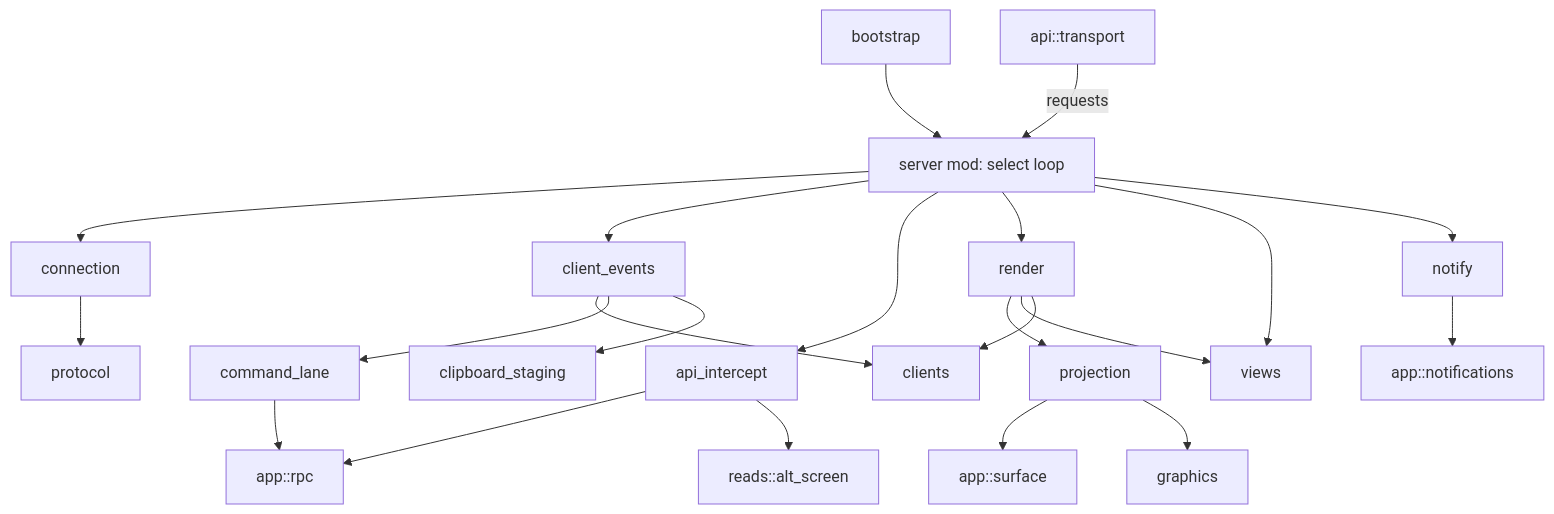
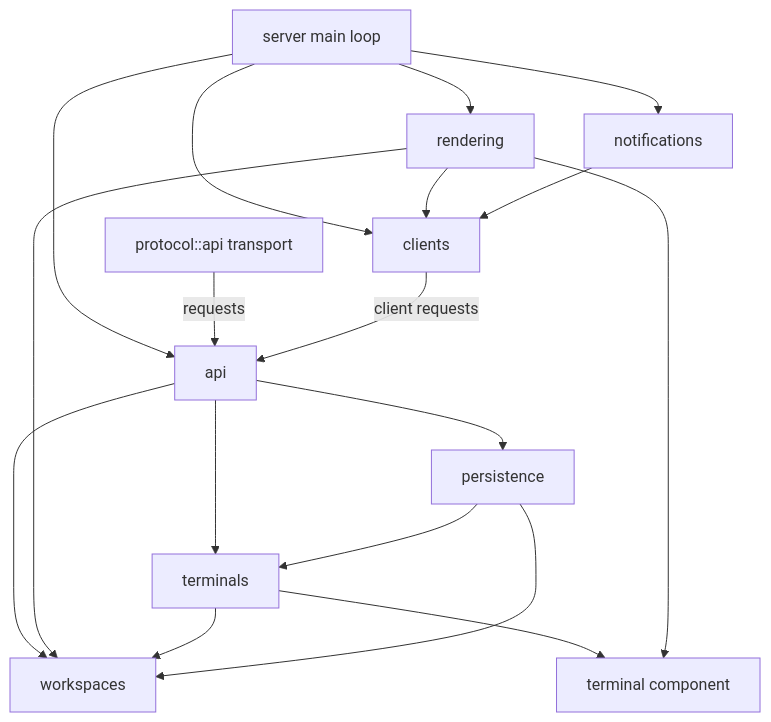
The fourth of 4 diagrams in docs/bus-architecture.md (asura1234/bus), drawn with Mermaid before and after one commit. The commit also changed other lines of this file, not shown here.

````diff
--- a/docs/bus-architecture.md
+++ b/docs/bus-architecture.md
@@ -248,13 +248,12 @@
 ```mermaid
 flowchart TD
-  bootstrap --> core[server mod: select loop]
-  core --> connection & client_events & api_intercept & render & views & notify
-  connection --> protocol
-  client_events --> clients & command_lane & clipboard_staging
-  command_lane --> app_rpc[app::rpc]
-  api_intercept --> app_rpc & reads[reads::alt_screen]
-  api_transport[api::transport] -- requests --> core
-  render --> projection & views & clients
-  projection --> app_surface[app::surface] & graphics
-  notify --> app_notifications[app::notifications]
+  loop[server main loop] --> clients & api & rendering & notifications
+  apisock[protocol::api transport] -- requests --> api
+  clients -- client requests --> api
+  api --> workspaces & terminals & persistence
+  rendering --> workspaces & clients
+  notifications --> clients
+  terminals --> workspaces
+  persistence --> workspaces & terminals
+  terminals & rendering --> terminal_component[terminal component]
 ```
````
